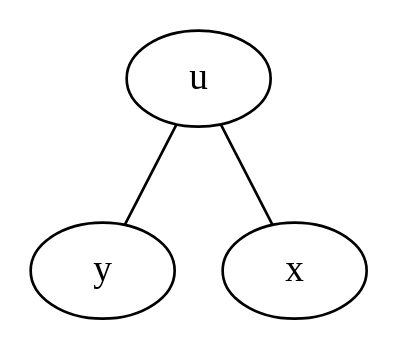
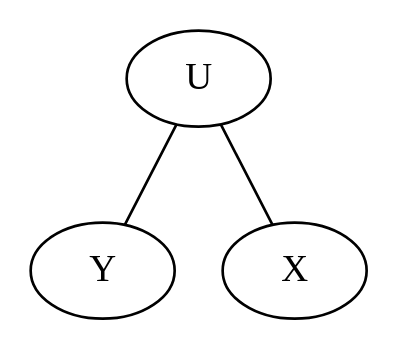
The diagram in main.org (cayek/MaThese), drawn with Graphviz before and after one commit. The commit also changed other lines of this file, not shown here.

```diff
--- a/main.org
+++ b/main.org
@@ -537,9 +537,9 @@
 #+BEGIN_SRC dot :file conf_factor.png :exports results :eval no-export
   graph {
     graph [fontname = "serif"];
     node [fontname = "serif"];
     edge [fontname = "serif"];
-    u -- y;
-    u -- x;
+    U -- Y;
+    U -- X;
   }
 #+END_SRC
```
